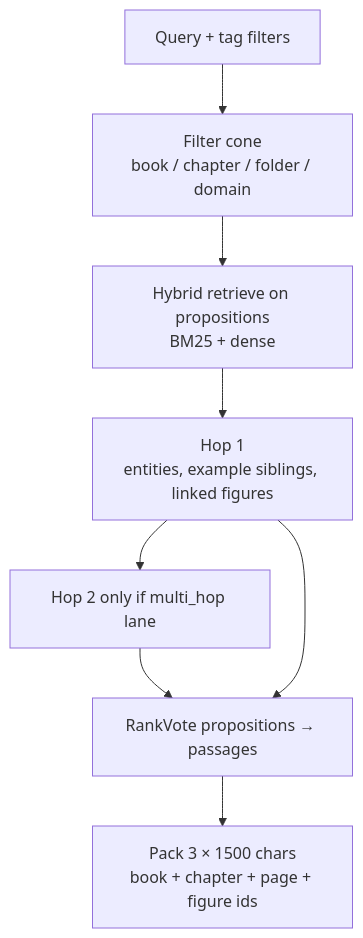
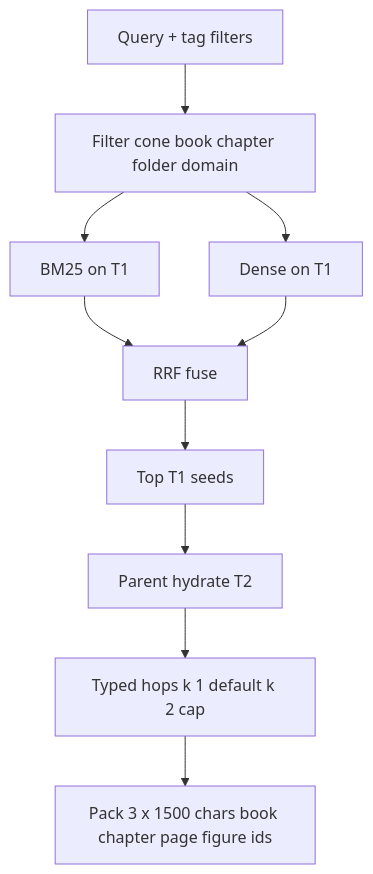
The third of 4 diagrams in docs/architecture/rag.md (Vinayak-RZ/ARC), drawn with Mermaid before and after one commit. The commit also changed other lines of this file and 4 other files, not shown here.

First line of the commit message:
docs(rag): sync harness and architecture ingest/query diagrams

````diff
--- a/docs/architecture/rag.md
+++ b/docs/architecture/rag.md
@@ -86,14 +93,19 @@
 ```mermaid
 flowchart TB
   Q["Query + tag filters"]
-  F["Filter cone\nbook / chapter / folder / domain"]
-  H["Hybrid retrieve on propositions\nBM25 + dense"]
-  Hop1["Hop 1\nentities, example siblings, linked figures"]
-  Hop2["Hop 2 only if multi_hop lane"]
-  Vote["RankVote propositions → passages"]
-  Pack["Pack 3 × 1500 chars\nbook + chapter + page + figure ids"]
+  F["Filter cone book chapter folder domain"]
+  BM["BM25 on T1"]
+  DE["Dense on T1"]
+  RRF["RRF fuse"]
+  Seeds["Top T1 seeds"]
+  Hyd["Parent hydrate T2"]
+  Hop["Typed hops k 1 default k 2 cap"]
+  Pack["Pack 3 x 1500 chars book chapter page figure ids"]
 
-  Q --> F --> H --> Hop1
-  Hop1 --> Hop2 --> Vote --> Pack
-  Hop1 --> Vote
+  Q --> F
+  F --> BM
+  F --> DE
+  BM --> RRF
+  DE --> RRF
+  RRF --> Seeds --> Hyd --> Hop --> Pack
 ```
````
